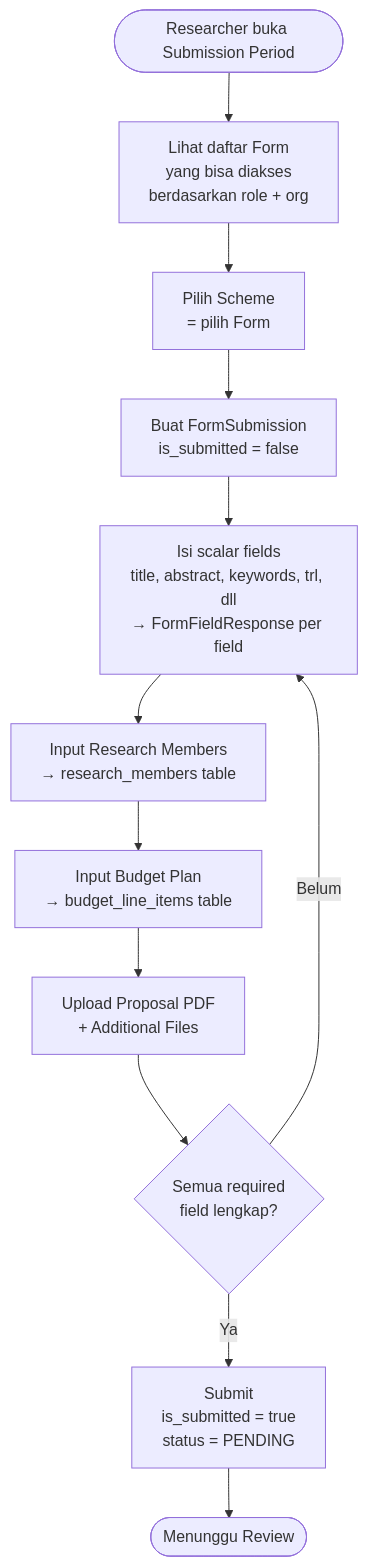
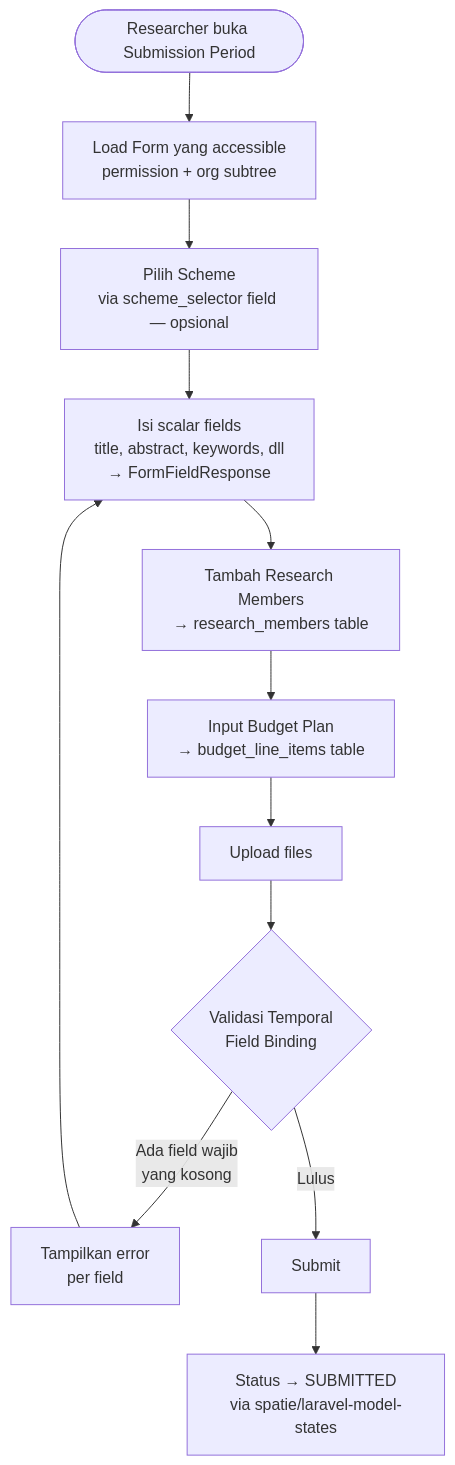
The first of 6 diagrams in docs/requirement-analysis/ddd/core/01_submission.md (nas11ai/sim-kerjasama-itk), drawn with Mermaid before and after one commit. The commit also changed other lines of this file and 12 other files, not shown here.

````diff
--- a/docs/requirement-analysis/ddd/core/01_submission.md
+++ b/docs/requirement-analysis/ddd/core/01_submission.md
@@ -21,14 +19,14 @@
 ```mermaid
 flowchart TD
-    START([Researcher buka Submission Period]) --> A[Lihat daftar Form<br/>yang bisa diakses<br/>berdasarkan role + org]
-    A --> B[Pilih Scheme<br/>= pilih Form]
-    B --> C[Buat FormSubmission<br/>is_submitted = false]
-    C --> D[Isi scalar fields<br/>title, abstract, keywords, trl, dll<br/>→ FormFieldResponse per field]
-    D --> E[Input Research Members<br/>→ research_members table]
-    E --> F[Input Budget Plan<br/>→ budget_line_items table]
-    F --> G[Upload Proposal PDF<br/>+ Additional Files]
-    G --> H{Semua required<br/>field lengkap?}
-    H -->|Belum| D
-    H -->|Ya| I[Submit<br/>is_submitted = true<br/>status = PENDING]
-    I --> END([Menunggu Review])
+    START([Researcher buka Submission Period]) --> A[Load Form yang accessible<br/>permission + org subtree]
+    A --> B[Pilih Scheme<br/>via scheme_selector field — opsional]
+    B --> C[Isi scalar fields<br/>title, abstract, keywords, dll<br/>→ FormFieldResponse]
+    C --> D[Tambah Research Members<br/>→ research_members table]
+    D --> E[Input Budget Plan<br/>→ budget_line_items table]
+    E --> F[Upload files]
+    F --> G{Validasi Temporal<br/>Field Binding}
+    G -->|Ada field wajib<br/>yang kosong| ERR[Tampilkan error<br/>per field]
+    ERR --> C
+    G -->|Lulus| H[Submit]
+    H --> I[Status → SUBMITTED<br/>via spatie/laravel-model-states]
 ```
````
